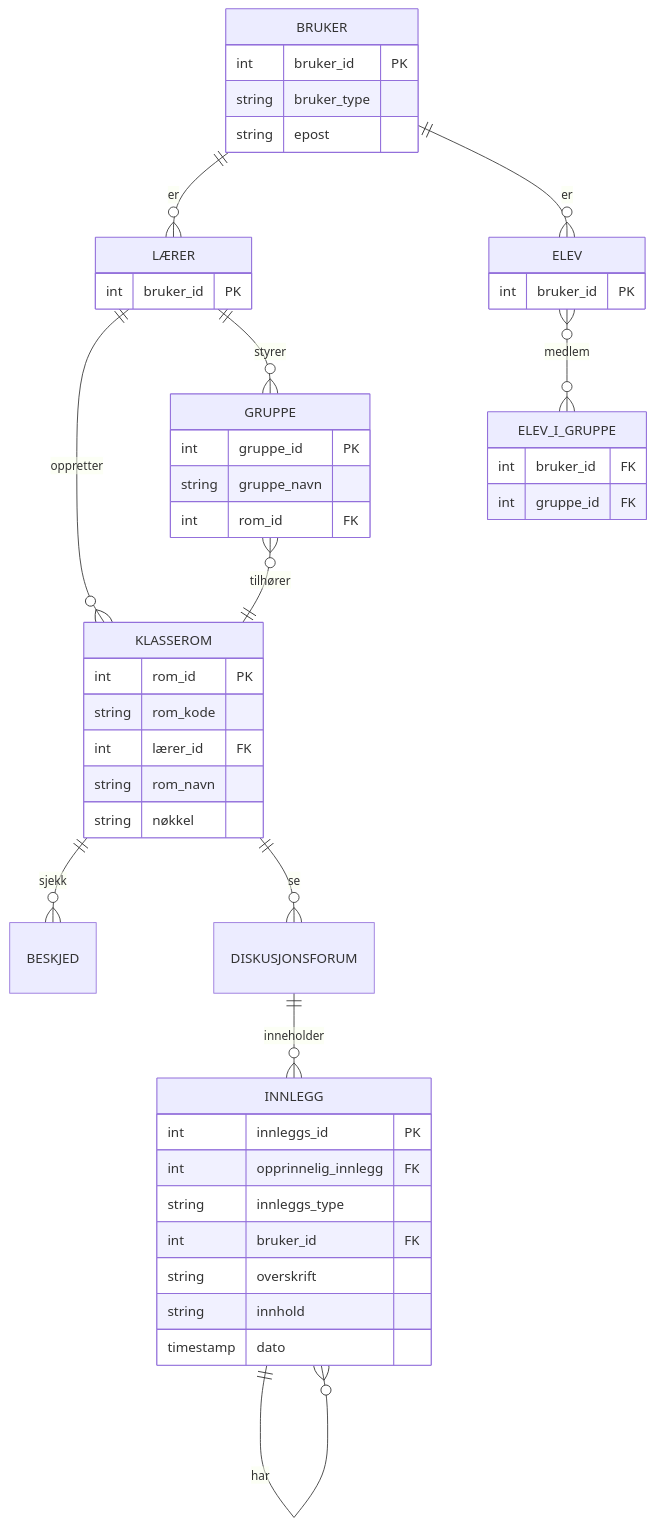
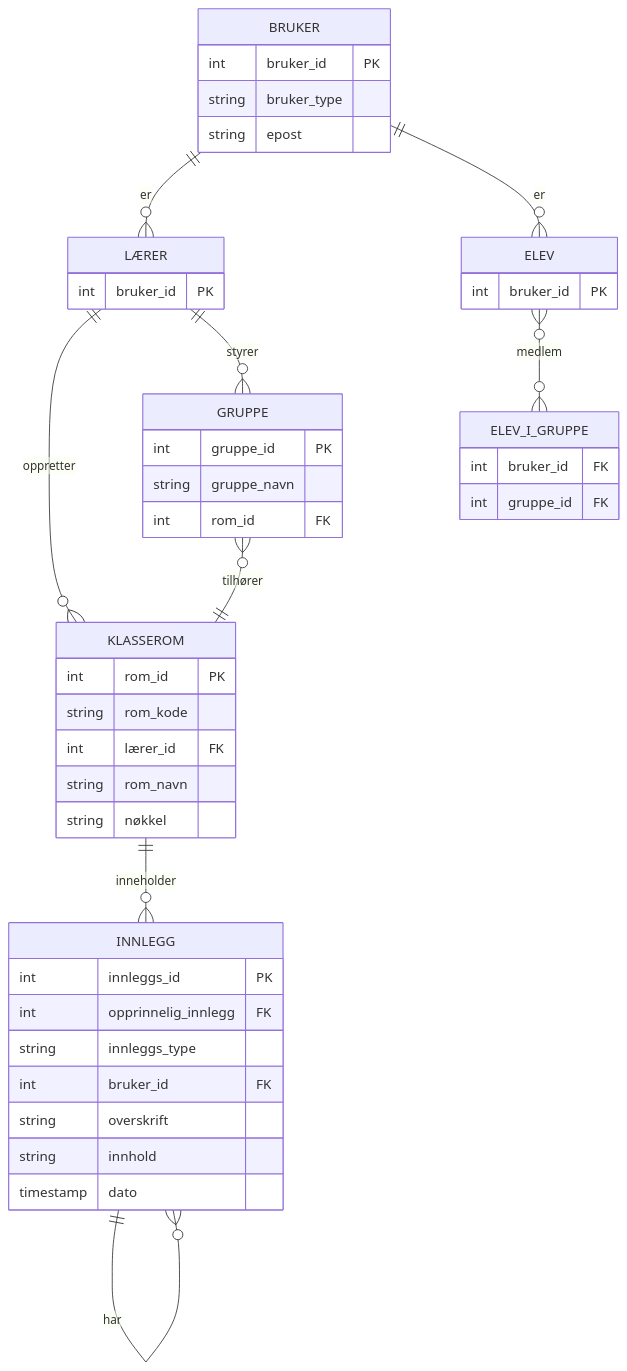
One commit to programmerBredC/data1500-oving-04 changed the second of 2 diagrams in OPPGAVE.md. Above: the diagram before and after it, drawn with Mermaid. The commit also changed other lines of this file, not shown here.

````diff
--- a/OPPGAVE.md
+++ b/OPPGAVE.md
@@ -49,49 +47,47 @@
 ```mermaid
 erDiagram
 BRUKER {
     int bruker_id PK
     string bruker_type
     string epost
     }
     BRUKER ||--o{ LÆRER : "er"
     BRUKER ||--o{ ELEV : "er"
 ELEV {
     int bruker_id PK
 }
 LÆRER {
     int bruker_id PK
 }
 KLASSEROM {
     int rom_id PK
     string rom_kode
     int lærer_id FK
     string rom_navn
     string nøkkel
 }
 GRUPPE {
     int gruppe_id PK
     string gruppe_navn
     int rom_id FK
 }
 ELEV_I_GRUPPE {
     int bruker_id FK
     int gruppe_id FK
 }
     ELEV }o--o{ ELEV_I_GRUPPE : "medlem"
     GRUPPE }o--|| KLASSEROM : "tilhører"
     LÆRER ||--o{ KLASSEROM : "oppretter"
     LÆRER ||--o{ GRUPPE : "styrer"
-    KLASSEROM ||--o{ BESKJED : "sjekk"
-    KLASSEROM ||--o{ DISKUSJONSFORUM : "se"
-    DISKUSJONSFORUM ||--o{ INNLEGG : "inneholder"
+    KLASSEROM ||--o{ INNLEGG : "inneholder"
 INNLEGG {
     int innleggs_id PK
     int opprinnelig_innlegg FK
     string innleggs_type
     int bruker_id FK
     string overskrift
     string innhold
     timestamp dato
 }
     INNLEGG ||--o{ INNLEGG : har
 ```
````
